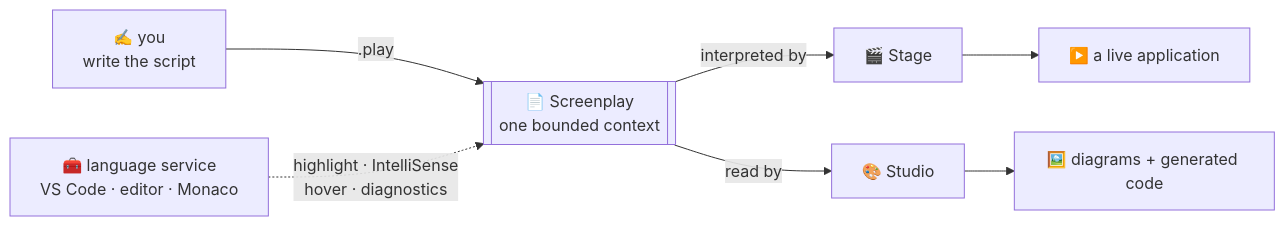
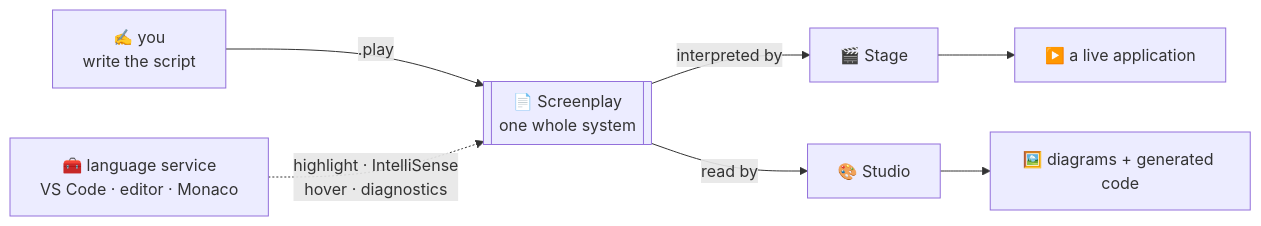
One commit to Cratis/Screenplay changed the diagram in README.md. Above: the diagram before and after it, drawn with Mermaid. The commit also changed other lines of this file, not shown here.

````diff
--- a/README.md
+++ b/README.md
@@ -121,9 +121,9 @@
 ```mermaid
 flowchart LR
-    Author["✍️ you<br/>write the script"] -->|".play"| Play[["📄 Screenplay<br/>one bounded context"]]
+    Author["✍️ you<br/>write the script"] -->|".play"| Play[["📄 Screenplay<br/>one whole system"]]
     Tools["🧰 language service<br/>VS Code · editor · Monaco"] -.->|"highlight · IntelliSense<br/>hover · diagnostics"| Play
     Play -->|"interpreted by"| Stage["🎬 Stage"]
     Play -->|"read by"| Studio["🎨 Studio"]
     Stage --> App["▶️ a live application"]
     Studio --> Viz["🖼️ diagrams + generated code"]
 ```
````
